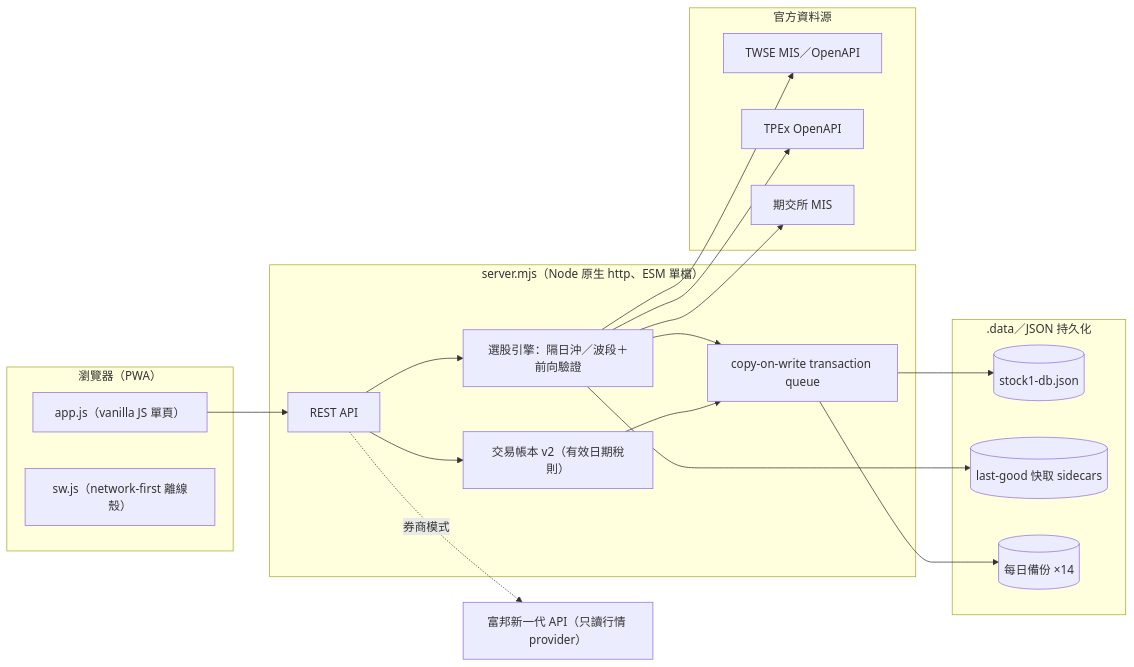
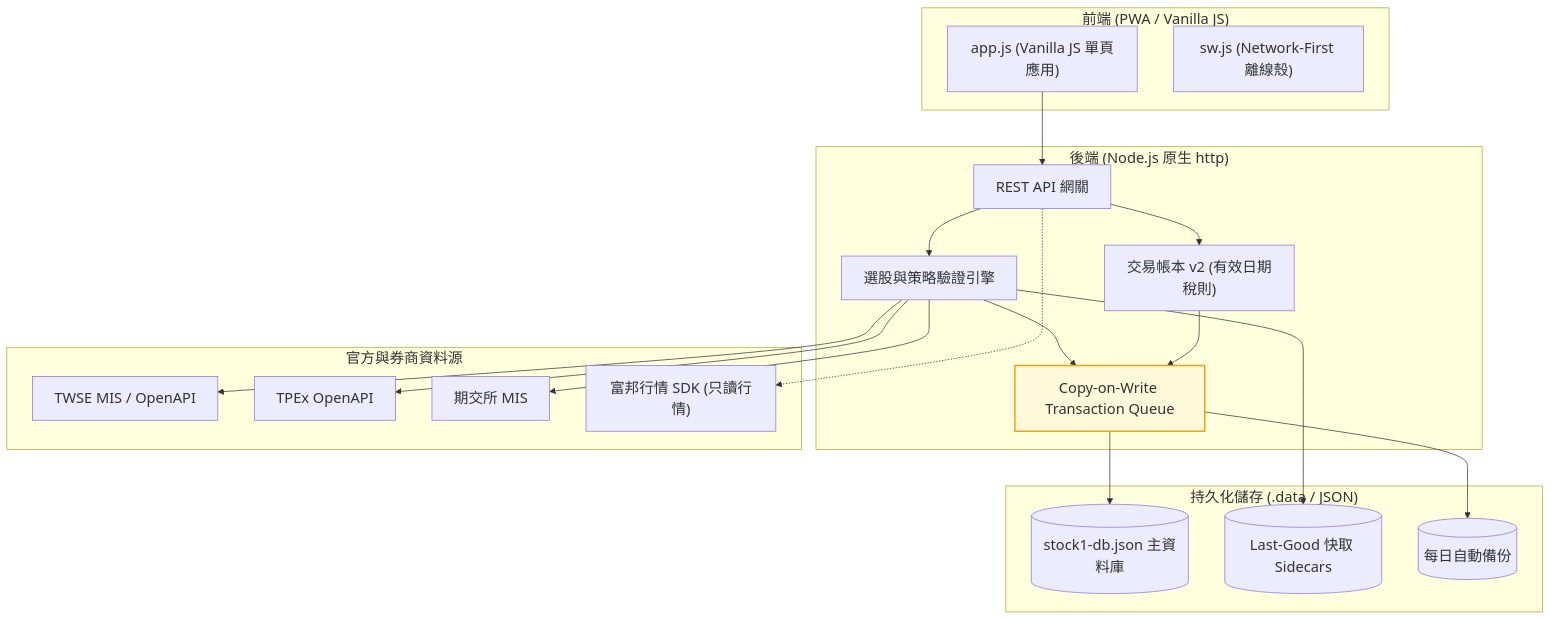
One commit to kuotunyu/stock-cockpit changed the diagram in README.md. Above: the diagram before and after it, drawn with Mermaid. The commit also changed other lines of this file and 1 other file, not shown here.

Commit message:
docs: overhaul README with clean vertical flowchart and update .gitignore for security

````diff
--- a/README.md
+++ b/README.md
@@ -25,34 +30,37 @@
 ```mermaid
-flowchart LR
-  subgraph Client["瀏覽器（PWA）"]
-    UI["app.js（vanilla JS 單頁）"]
-    SW["sw.js（network-first 離線殼）"]
-  end
-  subgraph Server["server.mjs（Node 原生 http、ESM 單檔）"]
-    API["REST API"]
-    ENG["選股引擎：隔日沖／波段＋前向驗證"]
-    LEDGER["交易帳本 v2（有效日期稅則）"]
-    Q["copy-on-write transaction queue"]
-  end
-  subgraph Store[".data／JSON 持久化"]
-    DB[("stock1-db.json")]
-    SIDE[("last-good 快取 sidecars")]
-    BK[("每日備份 ×14")]
-  end
-  subgraph Upstream["官方資料源"]
-    TWSE["TWSE MIS／OpenAPI"]
-    TPEX["TPEx OpenAPI"]
-    TAIFEX["期交所 MIS"]
-  end
-  FUBON["富邦新一代 API（只讀行情 provider）"]
-  UI --> API
-  API --> ENG --> Q
-  API --> LEDGER --> Q
-  Q --> DB
-  Q --> BK
-  ENG --> SIDE
-  ENG --> TWSE
-  ENG --> TPEX
-  ENG --> TAIFEX
-  API -. 券商模式 .-> FUBON
+%%{init: {'themeVariables': {'fontSize': '20px'}}}%%
+flowchart TD
+    subgraph Client ["前端 (PWA / Vanilla JS)"]
+        UI["app.js (Vanilla JS 單頁應用)"]
+        SW["sw.js (Network-First 離線殼)"]
+    end
+
+    subgraph Server ["後端 (Node.js 原生 http)"]
+        API["REST API 網關"]
+        ENG["選股與策略驗證引擎"]
+        LEDGER["交易帳本 v2 (有效日期稅則)"]
+        Q["Copy-on-Write Transaction Queue"]
+    end
+
+    subgraph Store ["持久化儲存 (.data / JSON)"]
+        DB[("stock1-db.json 主資料庫")]
+        SIDE[("Last-Good 快取 Sidecars")]
+        BK[("每日自動備份")]
+    end
+
+    subgraph Upstream ["官方與券商資料源"]
+        TWSE["TWSE MIS / OpenAPI"]
+        TPEX["TPEx OpenAPI"]
+        TAIFEX["期交所 MIS"]
+        FUBON["富邦行情 SDK (只讀行情)"]
+    end
+
+    UI --> API
+    API --> ENG & LEDGER
+    ENG & LEDGER --> Q
+    Q --> DB & BK
+    ENG --> SIDE & TWSE & TPEX & TAIFEX
+    API -.-> FUBON
+
+    style Q fill:#fff9db,stroke:#f59f00,stroke-width:2px
 ```
````
